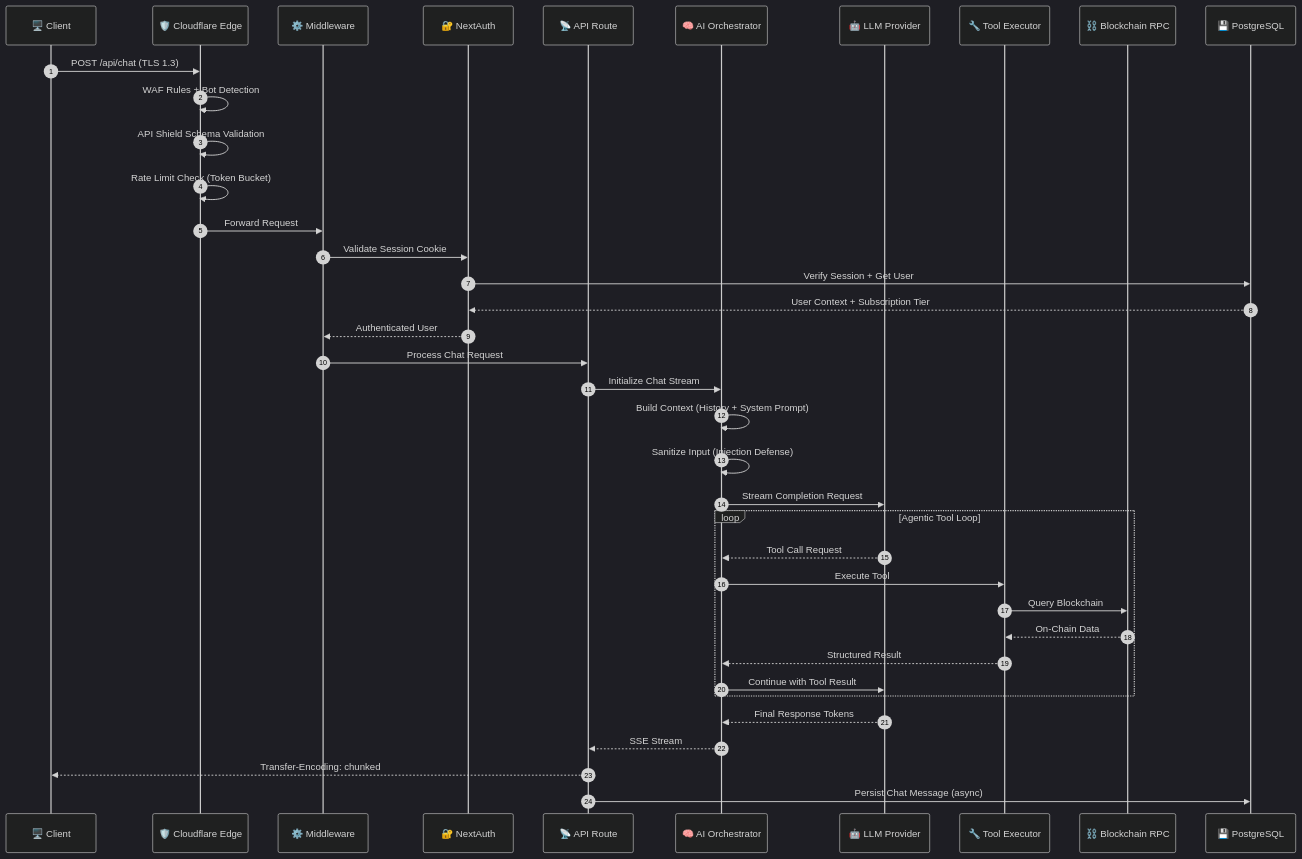
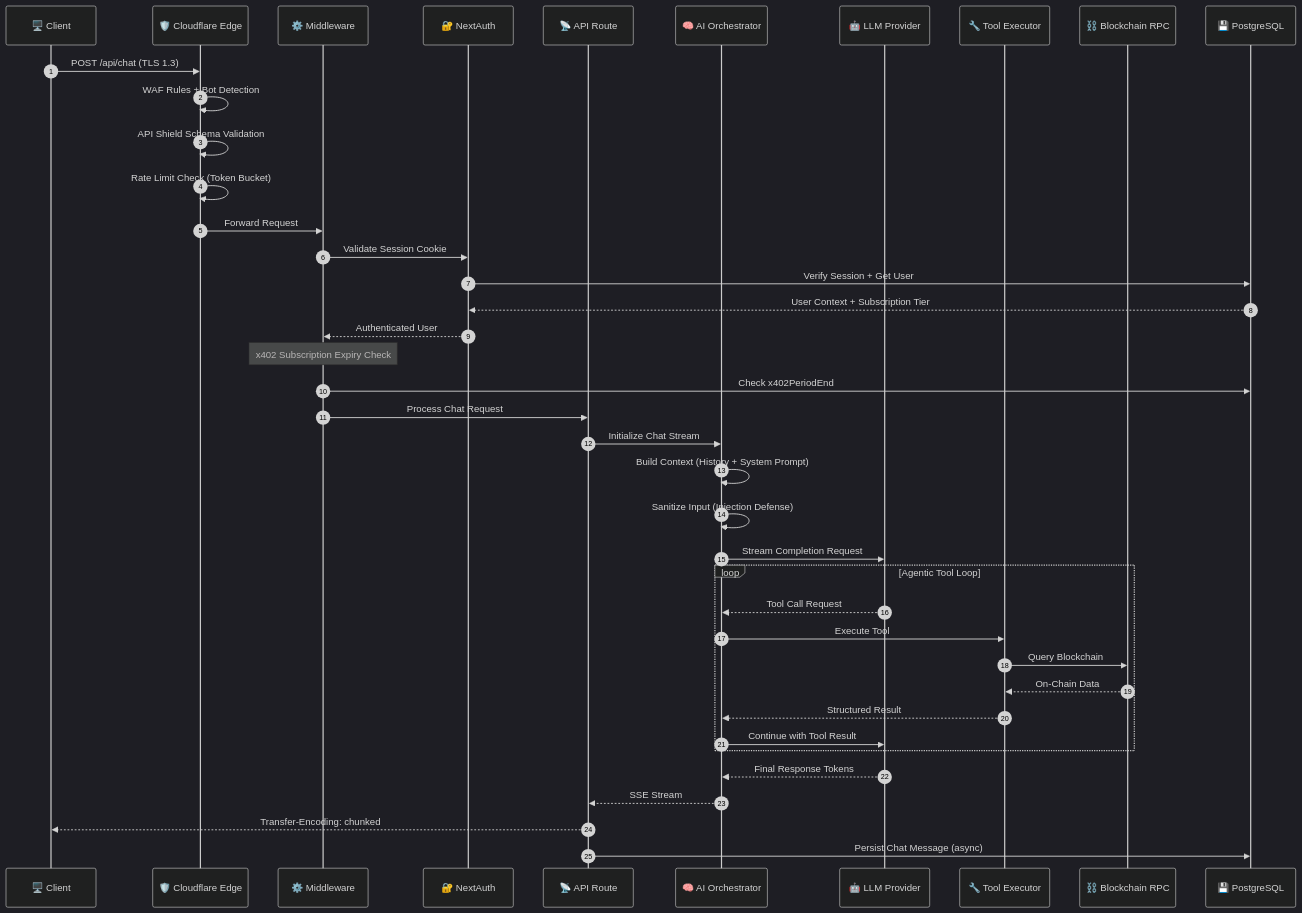
One commit to sirath-network/barzakh-ai changed the first of 4 diagrams in README.md. Above: the diagram before and after it, drawn with Mermaid (dark theme). The commit also changed other lines of this file and 1 other file, not shown here.

````diff
--- a/README.md
+++ b/README.md
@@ -131,47 +164,50 @@
 ```mermaid
 sequenceDiagram
     autonumber
     participant Client as 🖥️ Client
     participant CF as 🛡️ Cloudflare Edge
     participant MW as ⚙️ Middleware
     participant Auth as 🔐 NextAuth
     participant API as 📡 API Route
     participant Orchestrator as 🧠 AI Orchestrator
     participant LLM as 🤖 LLM Provider
     participant Tools as 🔧 Tool Executor
     participant RPC as ⛓️ Blockchain RPC
     participant DB as 💾 PostgreSQL
 
     Client->>CF: POST /api/chat (TLS 1.3)
     CF->>CF: WAF Rules + Bot Detection
     CF->>CF: API Shield Schema Validation
     CF->>CF: Rate Limit Check (Token Bucket)
     CF->>MW: Forward Request
     
     MW->>Auth: Validate Session Cookie
     Auth->>DB: Verify Session + Get User
     DB-->>Auth: User Context + Subscription Tier
     Auth-->>MW: Authenticated User
     
+    Note over MW: x402 Subscription Expiry Check
+    MW->>DB: Check x402PeriodEnd
+    
     MW->>API: Process Chat Request
     API->>Orchestrator: Initialize Chat Stream
     
     Orchestrator->>Orchestrator: Build Context (History + System Prompt)
     Orchestrator->>Orchestrator: Sanitize Input (Injection Defense)
     Orchestrator->>LLM: Stream Completion Request
     
     loop Agentic Tool Loop
         LLM-->>Orchestrator: Tool Call Request
         Orchestrator->>Tools: Execute Tool
         Tools->>RPC: Query Blockchain
         RPC-->>Tools: On-Chain Data
         Tools-->>Orchestrator: Structured Result
         Orchestrator->>LLM: Continue with Tool Result
     end
     
     LLM-->>Orchestrator: Final Response Tokens
     Orchestrator-->>API: SSE Stream
     API-->>Client: Transfer-Encoding: chunked
     
     API->>DB: Persist Chat Message (async)
 ```
````
